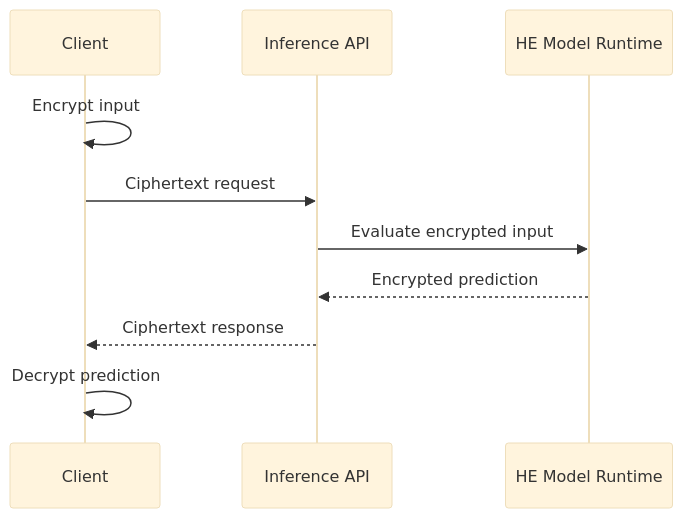
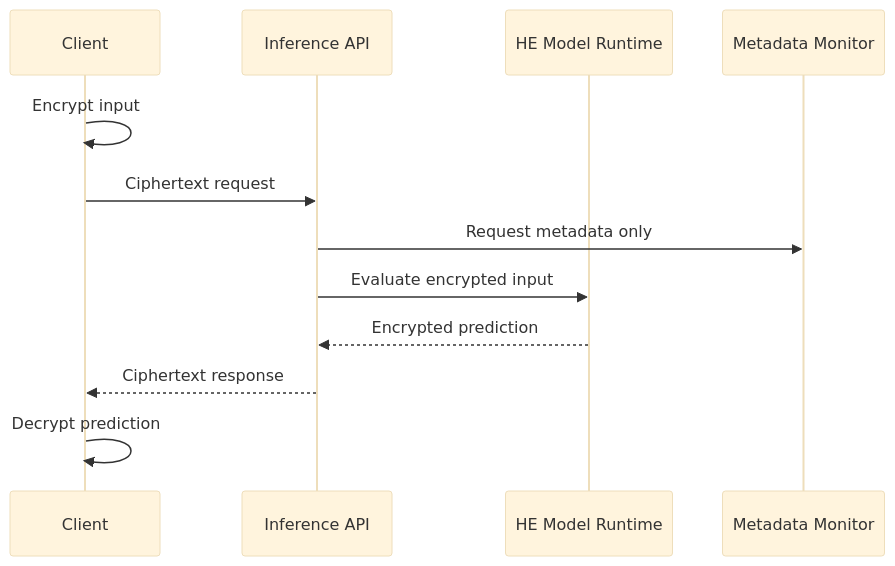
One commit to I-Love-PETs/i-love-pets.github.io changed the diagram in docs/pet-architectures/he-private-inference-api.md. Above: the diagram before and after it, drawn with Mermaid (base theme). The commit also changed other lines of this file and 6 other files, not shown here.

Commit message:
Polish PET architecture reviews

````diff
--- a/docs/pet-architectures/he-private-inference-api.md
+++ b/docs/pet-architectures/he-private-inference-api.md
@@ -13,12 +13,14 @@
 ```mermaid
 sequenceDiagram
   participant Client
   participant API as Inference API
   participant Model as HE Model Runtime
+  participant Monitor as Metadata Monitor
   Client->>Client: Encrypt input
   Client->>API: Ciphertext request
+  API->>Monitor: Request metadata only
   API->>Model: Evaluate encrypted input
   Model-->>API: Encrypted prediction
   API-->>Client: Ciphertext response
   Client->>Client: Decrypt prediction
 ```
````
